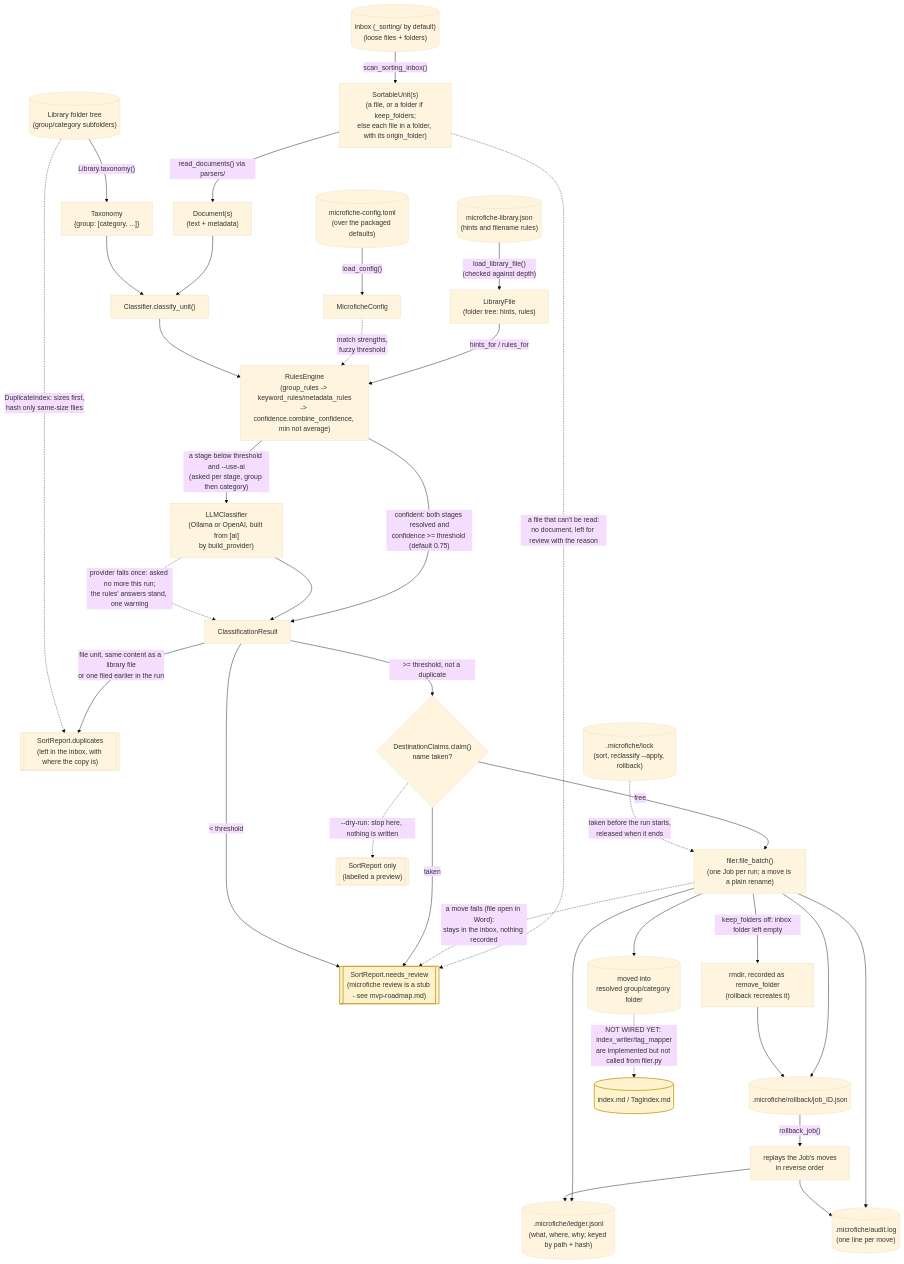
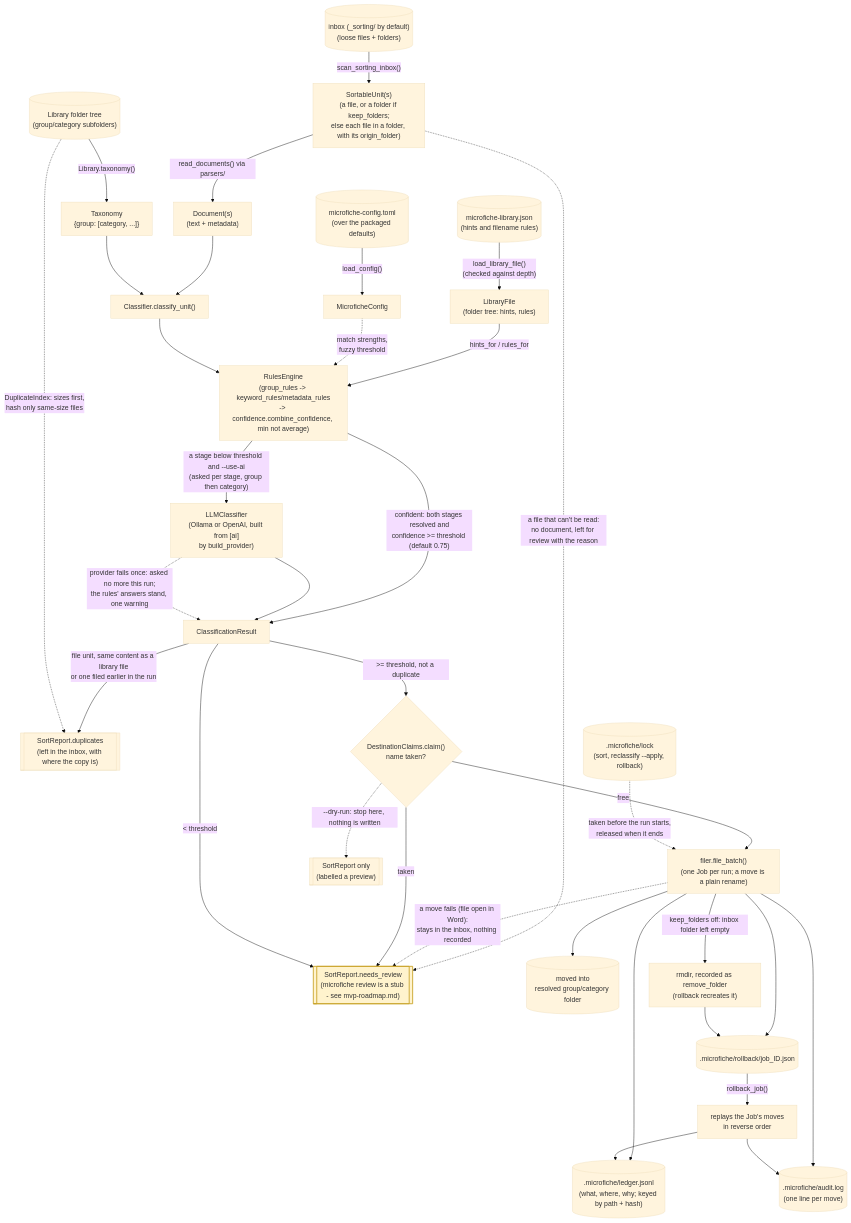
Before and after one commit to richard-gledhill/microfiche: the second of 2 diagrams in docs/development/module-diagram.md, drawn with Mermaid (base theme). The commit also changed other lines of this file and 35 other files, not shown here.

First line of the commit message:
refactor: move the Obsidian integration out of the MVP

````diff
--- a/docs/development/module-diagram.md
+++ b/docs/development/module-diagram.md
@@ -270,49 +263,47 @@
 ```mermaid
 flowchart TD
     LibraryTree[("Library folder tree\n(group/category subfolders)")]
     SortingInbox[("inbox (_sorting/ by default)\n(loose files + folders)")]
     ConfigFile[("microfiche-config.toml\n(over the packaged defaults)")]
     LibraryFileJson[("microfiche-library.json\n(hints and filename rules)")]
 
     LibraryTree -->|"Library.taxonomy()"| Taxonomy["Taxonomy\n{group: [category, ...]}"]
     ConfigFile -->|"load_config()"| Config["MicroficheConfig"]
     LibraryFileJson -->|"load_library_file()\n(checked against depth)"| LibraryFile["LibraryFile\n(folder tree: hints, rules)"]
     SortingInbox -->|"scan_sorting_inbox()"| Units["SortableUnit(s)\n(a file, or a folder if keep_folders;\nelse each file in a folder, with its origin_folder)"]
     Units -->|"read_documents() via parsers/"| Documents["Document(s)\n(text + metadata)"]
     Units -.->|"a file that can't be read:\nno document, left for review with the reason"| NeedsReview
 
     Documents --> ClassifyUnit["Classifier.classify_unit()"]
     Taxonomy --> ClassifyUnit
     LibraryFile -->|"hints_for / rules_for"| RulesEngine
     Config -.->|"match strengths,\nfuzzy threshold"| RulesEngine
     ClassifyUnit --> RulesEngine["RulesEngine\n(group_rules -> keyword_rules/metadata_rules\n-> confidence.combine_confidence, min not average)"]
     RulesEngine -->|"confident: both stages resolved and\nconfidence >= threshold (default 0.75)"| Result["ClassificationResult"]
     RulesEngine -->|"a stage below threshold and --use-ai\n(asked per stage, group then category)"| LLM["LLMClassifier\n(Ollama or OpenAI, built from [ai]\nby build_provider)"]
     LLM --> Result
     LLM -.->|"provider fails once: asked no more this run;\nthe rules' answers stand, one warning"| Result
 
     Result -->|"file unit, same content as a library file\nor one filed earlier in the run"| Duplicates[["SortReport.duplicates\n(left in the inbox, with where the copy is)"]]
     LibraryTree -.->|"DuplicateIndex: sizes first,\nhash only same-size files"| Duplicates
     Result -->|">= threshold, not a duplicate"| Claim{"DestinationClaims.claim()\nname taken?"}
     Claim -->|"free"| FileUnit["filer.file_batch()\n(one Job per run; a move is a plain rename)"]
     Claim -.->|"--dry-run: stop here, nothing is written"| Preview[["SortReport only\n(labelled a preview)"]]
     RunLock[(".microfiche/lock\n(sort, reclassify --apply, rollback)")] -.->|"taken before the run starts,\nreleased when it ends"| FileUnit
     FileUnit -.->|"a move fails (file open in Word):\nstays in the inbox, nothing recorded"| NeedsReview
     Claim -->|"taken"| NeedsReview[["SortReport.needs_review\n(microfiche review is a stub - see mvp-roadmap.md)"]]
     Result -->|"< threshold"| NeedsReview
 
     FileUnit --> FiledDoc[("moved into\nresolved group/category folder")]
     FileUnit --> Ledger[(".microfiche/ledger.jsonl\n(what, where, why; keyed by path + hash)")]
     FileUnit --> AuditLog[(".microfiche/audit.log\n(one line per move)")]
     FileUnit --> JobFile[(".microfiche/rollback/job_ID.json")]
     FileUnit -->|"keep_folders off: inbox folder left empty"| RemoveFolder["rmdir, recorded as remove_folder\n(rollback recreates it)"]
     RemoveFolder --> JobFile
     JobFile -->|"rollback_job()"| Rollback["replays the Job's moves\nin reverse order"]
     Rollback --> Ledger
     Rollback --> AuditLog
 
-    FiledDoc -.->|"NOT WIRED YET: index_writer/tag_mapper\nare implemented but not called from filer.py"| ObsidianOut[("index.md / TagIndex.md")]
-
     classDef gap fill:#fff3cd,stroke:#c9a227,stroke-width:2px
-    class NeedsReview,ObsidianOut gap
+    class NeedsReview gap
 ```
````
